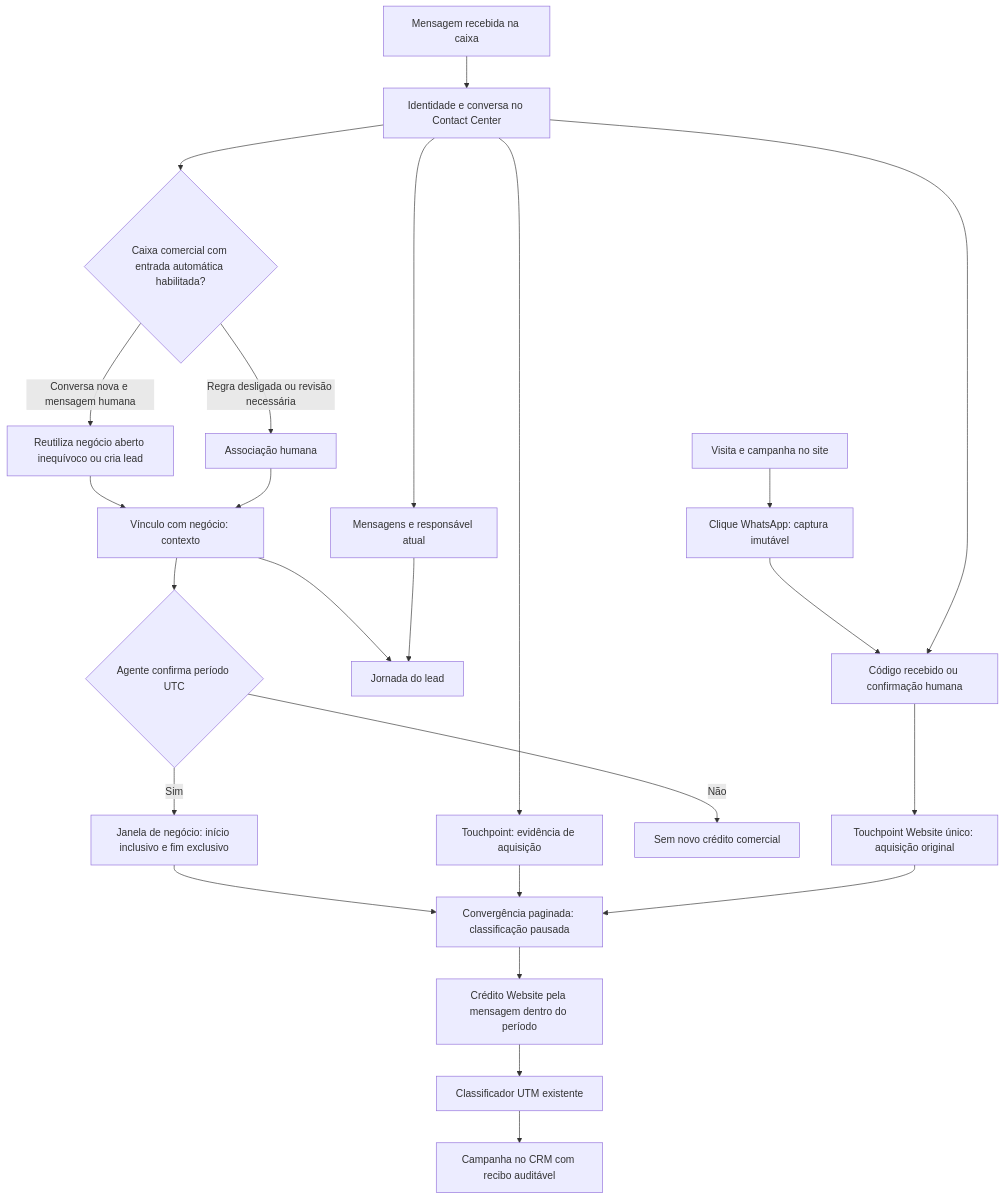
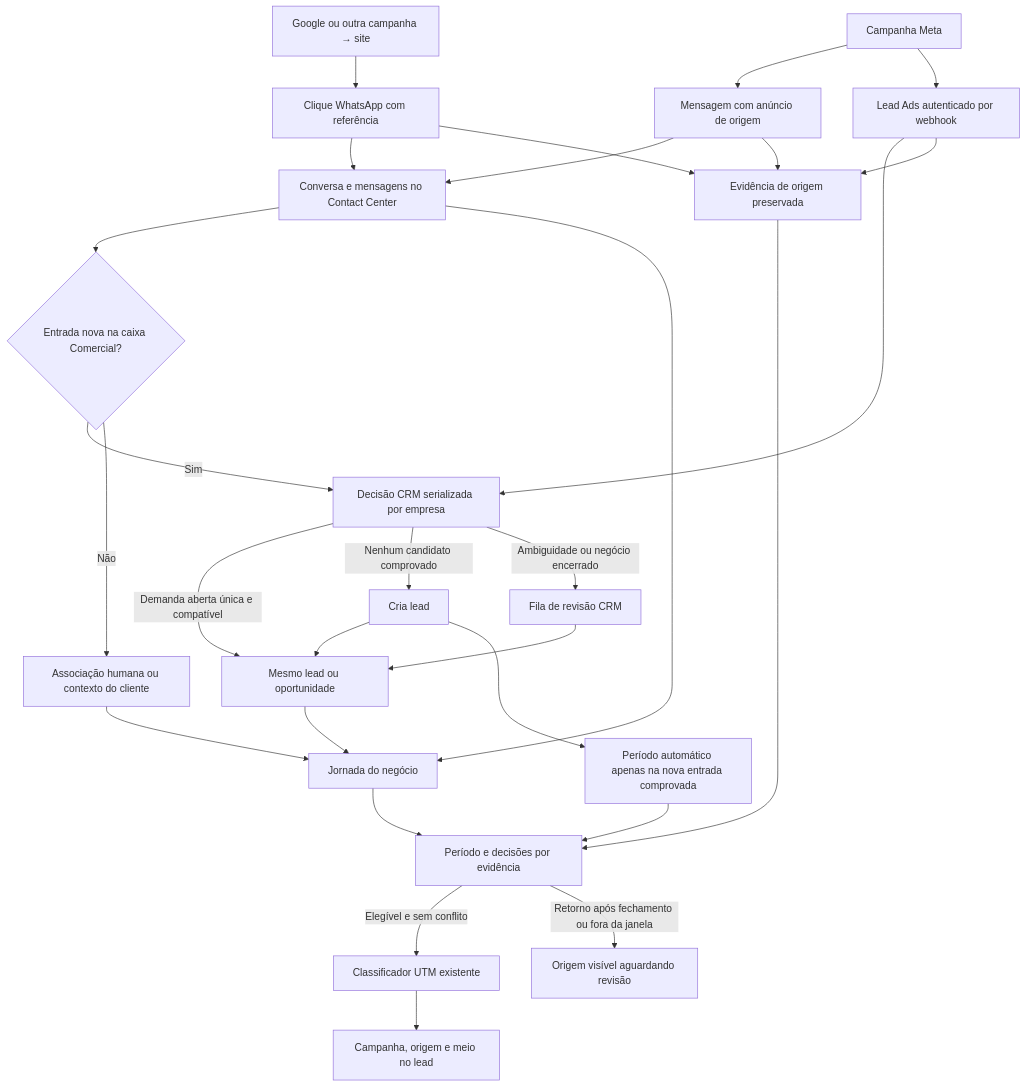
The diagram in docs/crm-journey.md (soloztech/contact-center), drawn with Mermaid before and after one commit. The commit also changed other lines of this file and 30 other files, not shown here.

Commit message:
[IMP] CRM: center commercial journey and reconcile proven Meta co-entries

````diff
--- a/docs/crm-journey.md
+++ b/docs/crm-journey.md
@@ -10,26 +10,30 @@
 ```mermaid
 flowchart TD
-    V[Visita e campanha no site] --> H[Clique WhatsApp: captura imutável]
-    H --> R[Código recebido ou confirmação humana]
-    W[Mensagem recebida na caixa] --> I[Identidade e conversa no Contact Center]
-    I --> R
-    R --> E[Touchpoint Website único: aquisição original]
-    I --> M[Mensagens e responsável atual]
-    I --> T[Touchpoint: evidência de aquisição]
-    I --> O{Caixa comercial com entrada automática habilitada?}
-    O -->|Conversa nova e mensagem humana| B[Reutiliza negócio aberto inequívoco ou cria lead]
-    B --> C[Vínculo com negócio: contexto]
-    O -->|Regra desligada ou revisão necessária| X[Associação humana]
-    X --> C
-    C --> J[Jornada do lead]
-    C --> D{Agente confirma período UTC}
-    D -->|Não| N[Sem novo crédito comercial]
-    D -->|Sim| P[Janela de negócio: início inclusivo e fim exclusivo]
-    P --> Q[Convergência paginada: classificação pausada]
-    T --> Q
-    E --> Q
-    Q --> A[Crédito Website pela mensagem dentro do período]
-    A --> U[Classificador UTM existente]
-    U --> L[Campanha no CRM com recibo auditável]
-    M --> J
+    Site[Google ou outra campanha → site] --> Clique[Clique WhatsApp com referência]
+    Clique --> Conversa[Conversa e mensagens no Contact Center]
+    Meta[Campanha Meta] --> WhatsApp[Mensagem com anúncio de origem]
+    Meta --> Webhook[Lead Ads autenticado por webhook]
+    WhatsApp --> Conversa
+    Conversa --> Comercial{Entrada nova na caixa Comercial?}
+    Comercial -->|Sim| Gate[Decisão CRM serializada por empresa]
+    Webhook --> Gate
+    Gate -->|Demanda aberta única e compatível| Lead[Mesmo lead ou oportunidade]
+    Gate -->|Nenhum candidato comprovado| Novo[Cria lead]
+    Novo --> Lead
+    Gate -->|Ambiguidade ou negócio encerrado| Revisao[Fila de revisão CRM]
+    Revisao --> Lead
+    Lead --> Jornada[Jornada do negócio]
+    Conversa --> Jornada
+    Clique --> Evidencia[Evidência de origem preservada]
+    WhatsApp --> Evidencia
+    Webhook --> Evidencia
+    Novo --> Auto[Período automático apenas na nova entrada comprovada]
+    Auto --> Periodo[Período e decisões por evidência]
+    Jornada --> Periodo
+    Evidencia --> Periodo
+    Periodo -->|Elegível e sem conflito| Classificador[Classificador UTM existente]
+    Classificador --> Campanha[Campanha, origem e meio no lead]
+    Periodo -->|Retorno após fechamento ou fora da janela| Pendente[Origem visível aguardando revisão]
+    Comercial -->|Não| Contexto[Associação humana ou contexto do cliente]
+    Contexto --> Jornada
 ```
````
